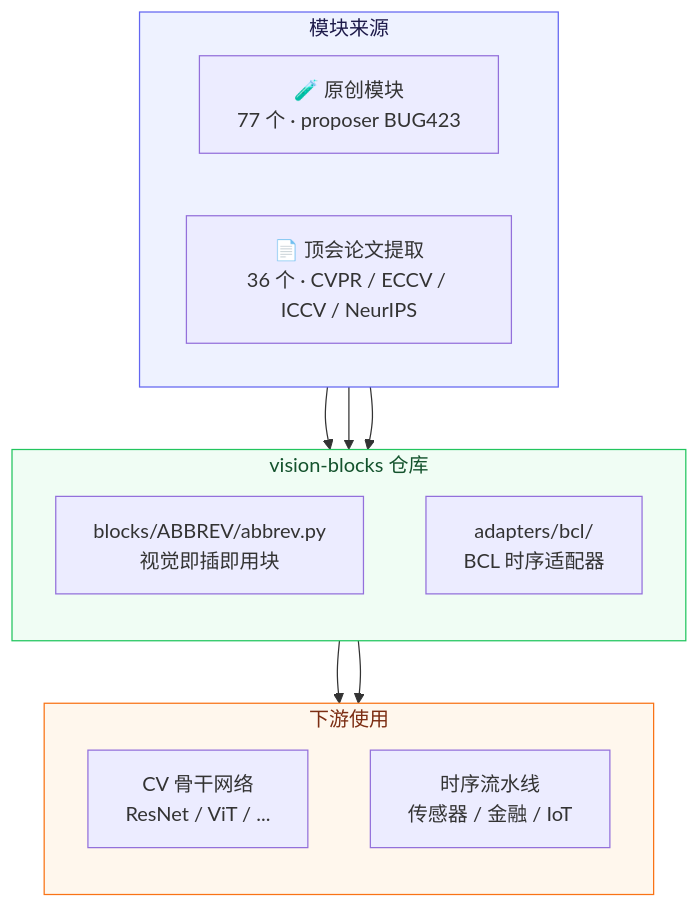
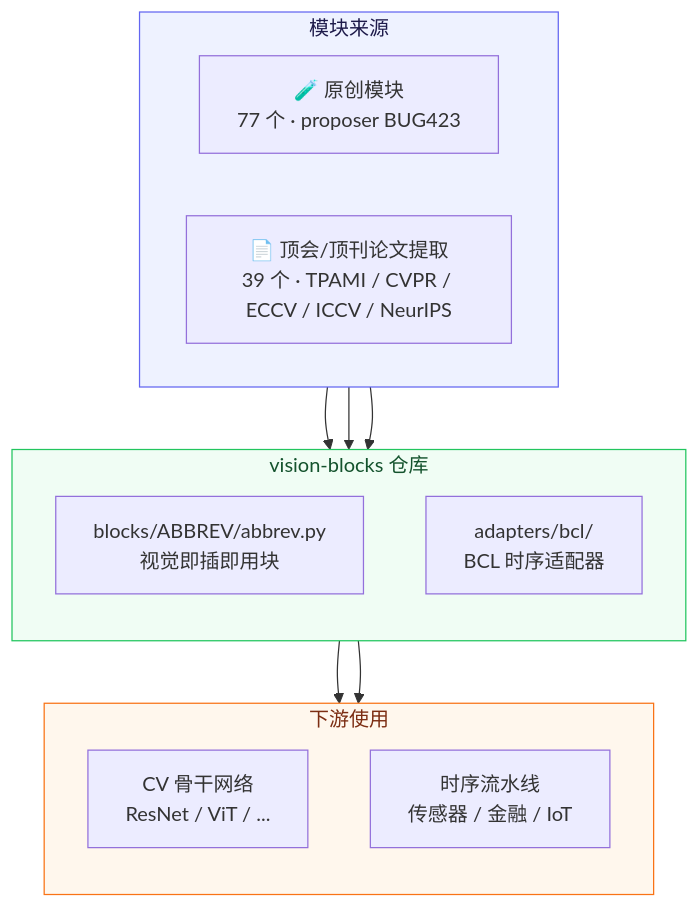
Before and after one commit to BUG423/vision-blocks: the first of 3 diagrams in README.md, drawn with Mermaid. The commit also changed other lines of this file and 5 other files, not shown here.

````diff
--- a/README.md
+++ b/README.md
@@ -64,30 +65,30 @@
 ```mermaid
 flowchart TB
     subgraph SRC["模块来源"]
         direction LR
         A["🧪 原创模块<br/>77 个 · proposer BUG423"]
-        B["📄 顶会论文提取<br/>36 个 · CVPR / ECCV / ICCV / NeurIPS"]
+        B["📄 顶会/顶刊论文提取<br/>39 个 · TPAMI / CVPR / ECCV / ICCV / NeurIPS"]
     end
 
     subgraph REPO["vision-blocks 仓库"]
         direction TB
         BLK["blocks/ABBREV/abbrev.py<br/>视觉即插即用块"]
         BCL["adapters/bcl/<br/>BCL 时序适配器"]
     end
 
     subgraph USE["下游使用"]
         direction TB
         CV["CV 骨干网络<br/>ResNet / ViT / ..."]
         TS["时序流水线<br/>传感器 / 金融 / IoT"]
     end
 
     A --> BLK
     B --> BLK
     A --> BCL
     BLK --> CV
     BCL --> TS
 
     style SRC fill:#eef2ff,stroke:#6366f1,color:#1e1b4b
     style REPO fill:#f0fdf4,stroke:#22c55e,color:#14532d
     style USE fill:#fff7ed,stroke:#f97316,color:#7c2d12
 ```
````
